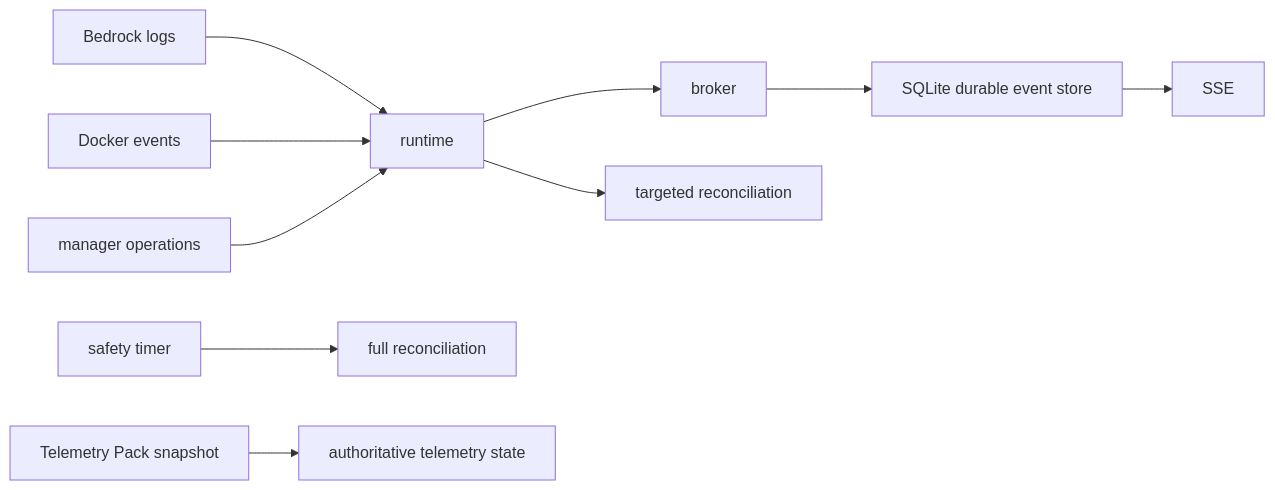
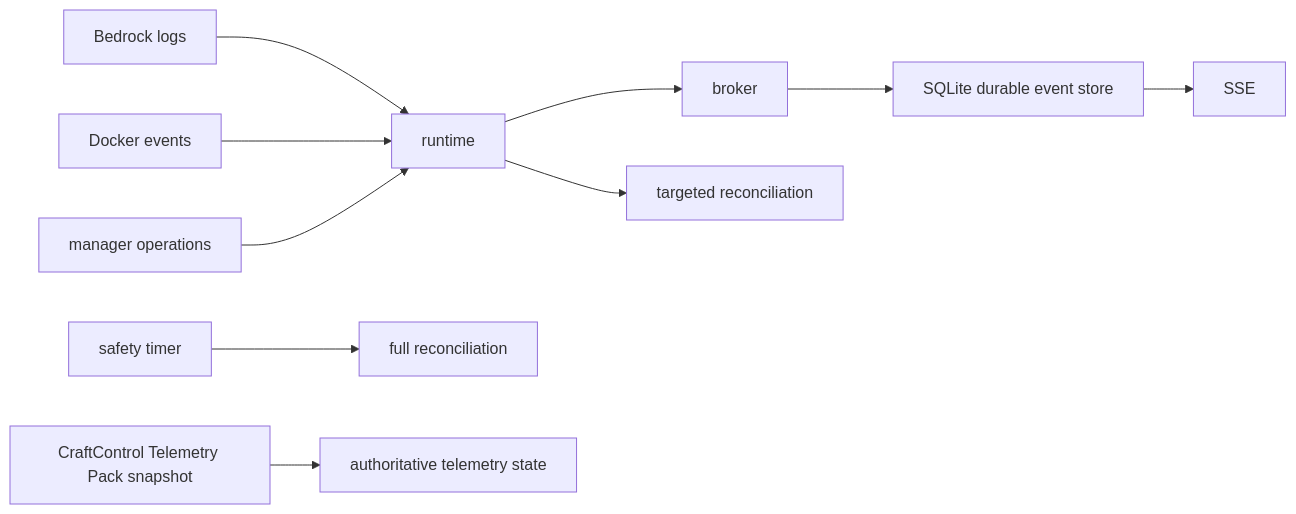
One commit to dgaramos/craftcontrol changed the fifth of 5 diagrams in docs/architecture.md. Above: the diagram before and after it, drawn with Mermaid. The commit also changed other lines of this file and 11 other files, not shown here.

Commit message:
docs(architecture): standardize runtime service names (#339)

````diff
--- a/docs/architecture.md
+++ b/docs/architecture.md
@@ -107,10 +107,10 @@
 ```mermaid
 flowchart LR
     logs["Bedrock logs"] --> runtime["runtime"]
     docker["Docker events"] --> runtime
     operations["manager operations"] --> runtime
     runtime --> broker["broker"] --> sqlite["SQLite durable event store"] --> sse["SSE"]
     runtime --> targeted["targeted reconciliation"]
     timer["safety timer"] --> full["full reconciliation"]
-    snapshot["Telemetry Pack snapshot"] --> state["authoritative telemetry state"]
+    snapshot["CraftControl Telemetry Pack snapshot"] --> state["authoritative telemetry state"]
 ```
````
